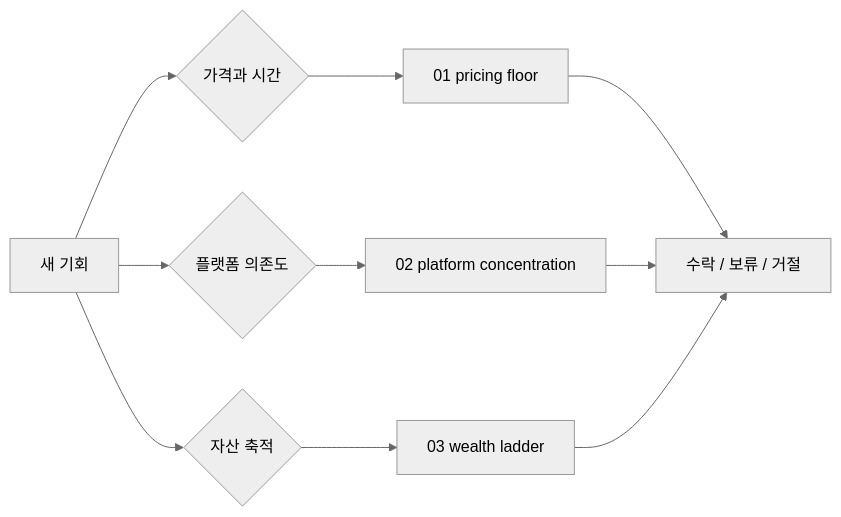
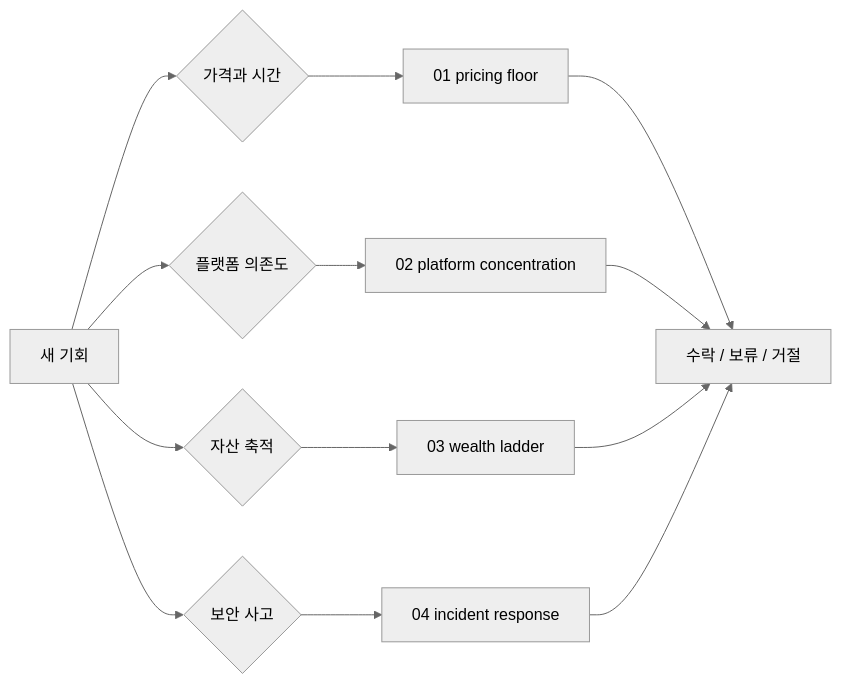
Before and after one commit to ggplab/solo-biz-playbook: the diagram in docs/principles/README.md, drawn with Mermaid (neutral theme). The commit also changed other lines of this file and 2 other files, not shown here.

Commit message:
add 원칙 04: 보안 사고 대응 (공급망 공격·credential 침해)
5개 원칙 + 6단계 프로세스(Detect→Triage→Contain→Eradicate→Recover→Learn)
+ 30분/24시간 체크리스트 + 다이어그램.

배경: Mini Shai-Hulud(2026-05-11) 캠페인에서 가짜 'npx <unknown>' 점검
도구가 두 번째 침해 벡터로 동작하는 패턴 확인. 1인 사업자가 단독으로
즉시 실행 결정을 내리는 환경에서는 P2(미검증 도구 거부) 원칙이 가장
취약한 지점.

````diff
--- a/docs/principles/README.md
+++ b/docs/principles/README.md
@@ -7,12 +7,15 @@
 ```mermaid
 flowchart LR
   A[새 기회] --> B{가격과 시간}
   B --> C[01 pricing floor]
   A --> D{플랫폼 의존도}
   D --> E[02 platform concentration]
   A --> F{자산 축적}
   F --> G[03 wealth ladder]
+  A --> S{보안 사고}
+  S --> I[04 incident response]
   C --> H[수락 / 보류 / 거절]
   E --> H
   G --> H
+  I --> H
 ```
````
